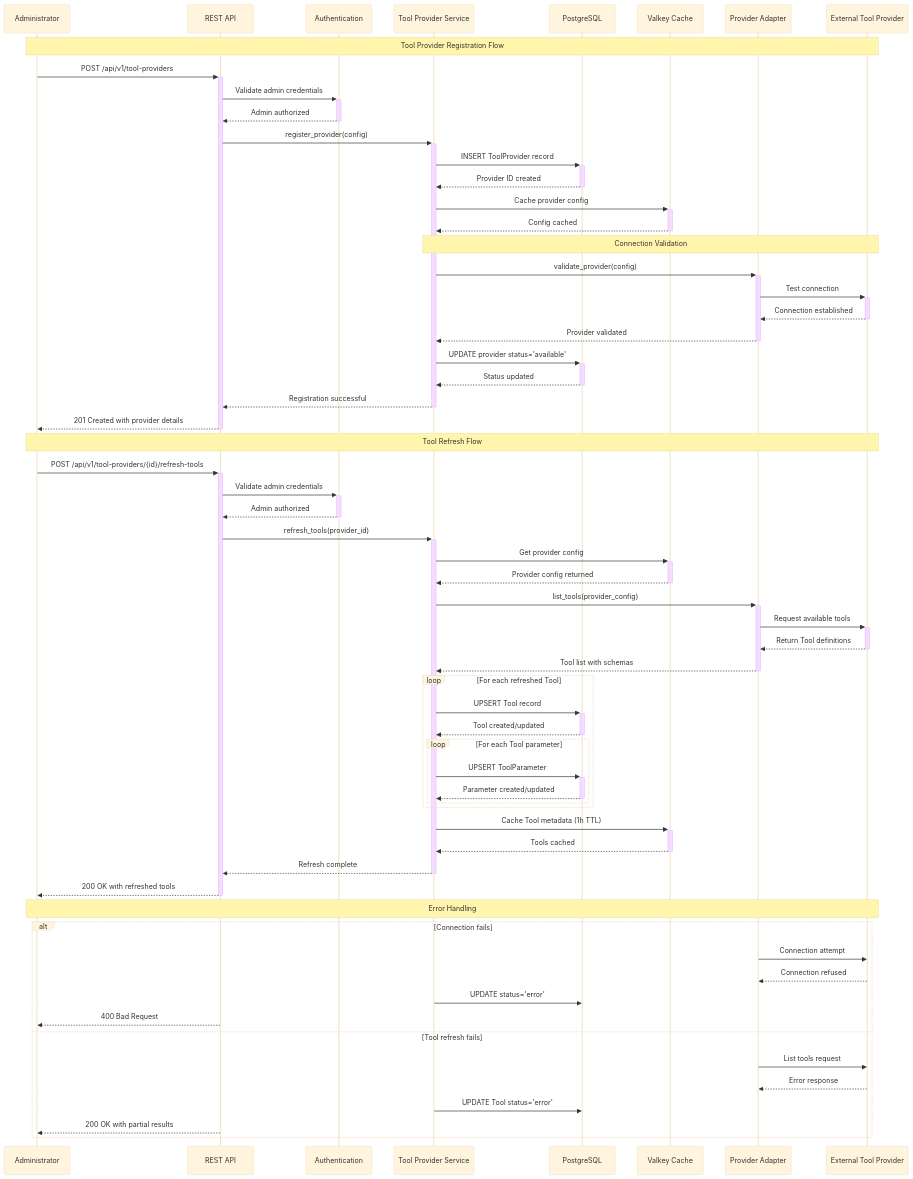
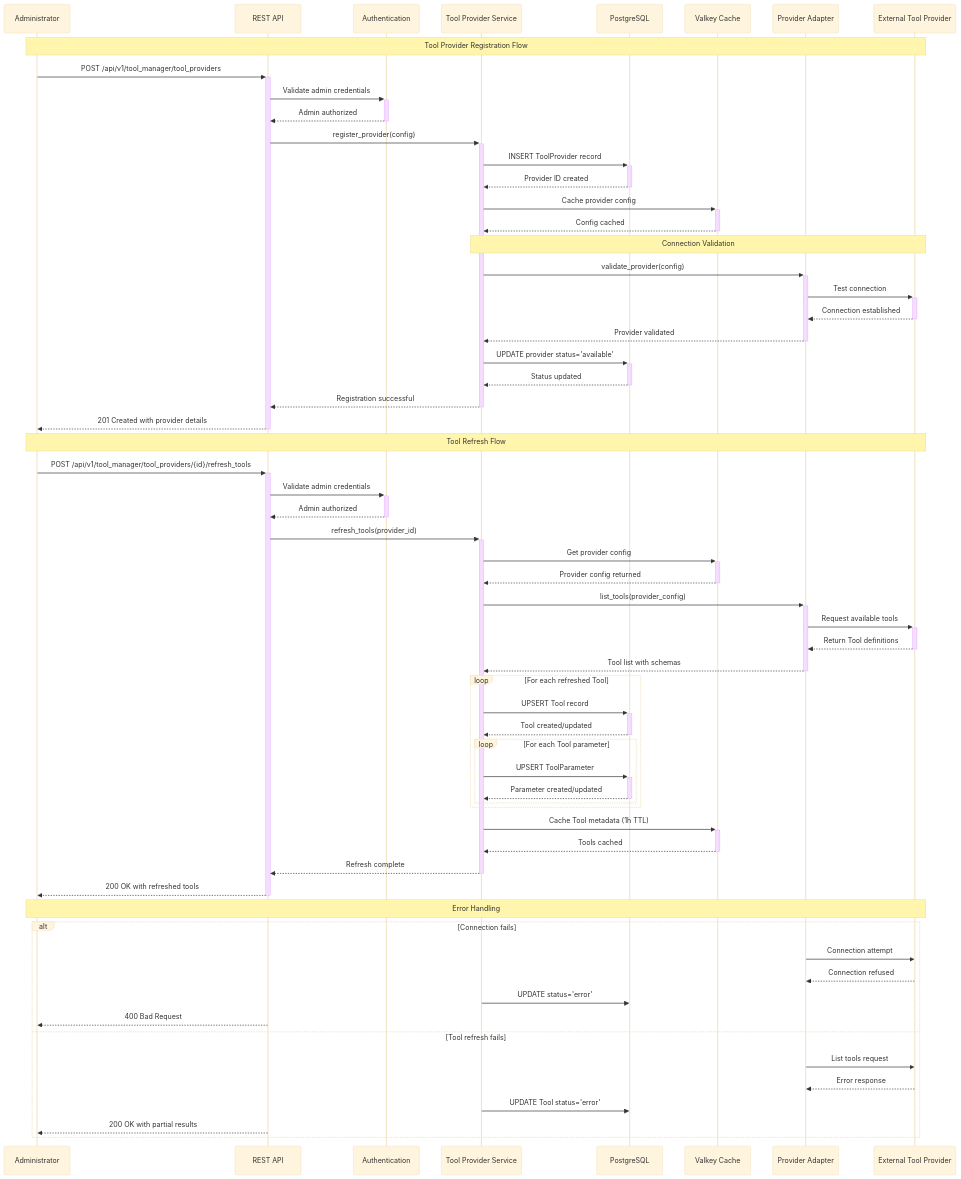
The third of 4 diagrams in specs/004-tool-management/plan.md (alinabuzachis/syntara), drawn with Mermaid (base theme) before and after one commit. The commit also changed other lines of this file and 31 other files, not shown here.

First line of the commit message:
refactor: AAP-58161: Consolidate tool management APIs under unified tool_manager namespace (#293)

````diff
--- a/specs/004-tool-management/plan.md
+++ b/specs/004-tool-management/plan.md
@@ -268,77 +269,77 @@
 ```mermaid
 sequenceDiagram
     participant Admin as Administrator
     participant API as REST API
     participant Auth as Authentication
     participant ProvSvc as Tool Provider Service
     participant DB as PostgreSQL
     participant Cache as Valkey Cache
     participant Adapter as Provider Adapter
     participant ExtProv as External Tool Provider
 
     Note over Admin, ExtProv: Tool Provider Registration Flow
 
-    Admin->>+API: POST /api/v1/tool-providers
+    Admin->>+API: POST /api/v1/tool_manager/tool_providers
     API->>+Auth: Validate admin credentials
     Auth-->>-API: Admin authorized
 
     API->>+ProvSvc: register_provider(config)
     ProvSvc->>+DB: INSERT ToolProvider record
     DB-->>-ProvSvc: Provider ID created
     ProvSvc->>+Cache: Cache provider config
     Cache-->>-ProvSvc: Config cached
 
     Note over ProvSvc, ExtProv: Connection Validation
     ProvSvc->>+Adapter: validate_provider(config)
     Adapter->>+ExtProv: Test connection
     ExtProv-->>-Adapter: Connection established
     Adapter-->>-ProvSvc: Provider validated
 
     ProvSvc->>+DB: UPDATE provider status='available'
     DB-->>-ProvSvc: Status updated
     ProvSvc-->>-API: Registration successful
     API-->>-Admin: 201 Created with provider details
 
     Note over Admin, ExtProv: Tool Refresh Flow
 
-    Admin->>+API: POST /api/v1/tool-providers/{id}/refresh-tools
+    Admin->>+API: POST /api/v1/tool_manager/tool_providers/{id}/refresh_tools
     API->>+Auth: Validate admin credentials
     Auth-->>-API: Admin authorized
 
     API->>+ProvSvc: refresh_tools(provider_id)
     ProvSvc->>+Cache: Get provider config
     Cache-->>-ProvSvc: Provider config returned
 
     ProvSvc->>+Adapter: list_tools(provider_config)
     Adapter->>+ExtProv: Request available tools
     ExtProv-->>-Adapter: Return Tool definitions
     Adapter-->>-ProvSvc: Tool list with schemas
 
     loop For each refreshed Tool
         ProvSvc->>+DB: UPSERT Tool record
         DB-->>-ProvSvc: Tool created/updated
 
         loop For each Tool parameter
             ProvSvc->>+DB: UPSERT ToolParameter
             DB-->>-ProvSvc: Parameter created/updated
         end
     end
 
     ProvSvc->>+Cache: Cache Tool metadata (1h TTL)
     Cache-->>-ProvSvc: Tools cached
     ProvSvc-->>-API: Refresh complete
     API-->>-Admin: 200 OK with refreshed tools
 
     Note over Admin, ExtProv: Error Handling
     alt Connection fails
         Adapter->>ExtProv: Connection attempt
         ExtProv-->>Adapter: Connection refused
         ProvSvc->>DB: UPDATE status='error'
         API-->>Admin: 400 Bad Request
     else Tool refresh fails
         Adapter->>ExtProv: List tools request
         ExtProv-->>Adapter: Error response
         ProvSvc->>DB: UPDATE Tool status='error'
         API-->>Admin: 200 OK with partial results
     end
 ```
````
